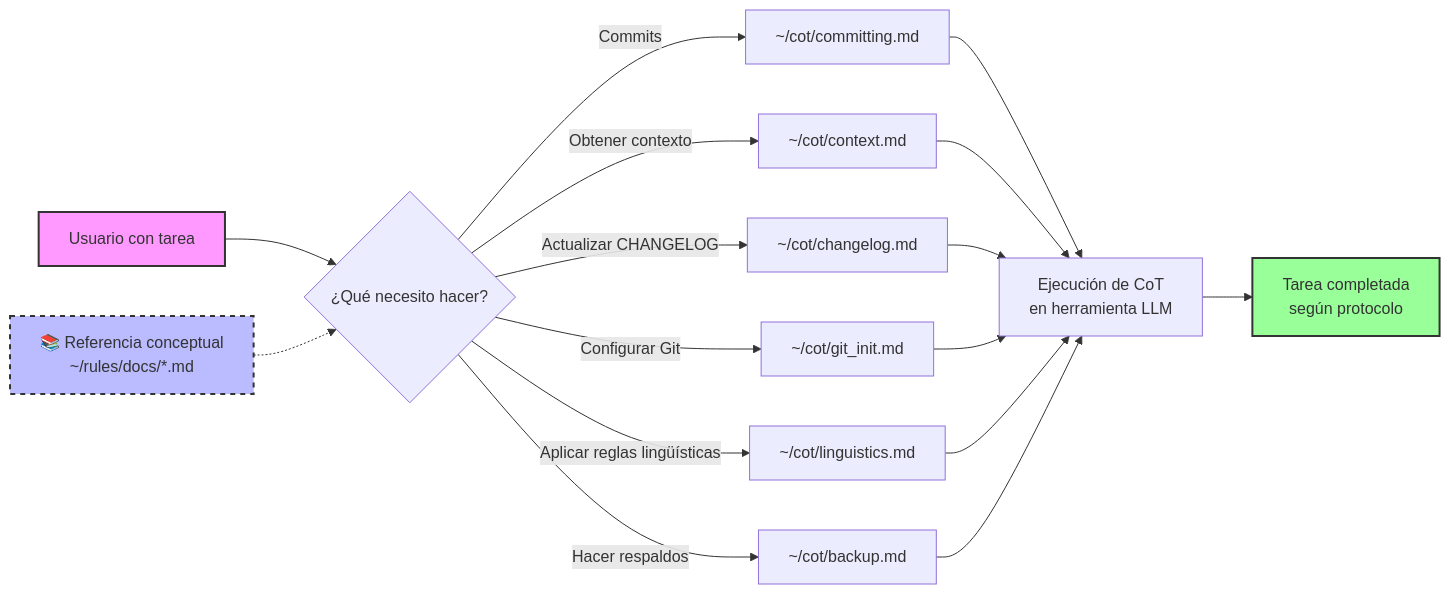
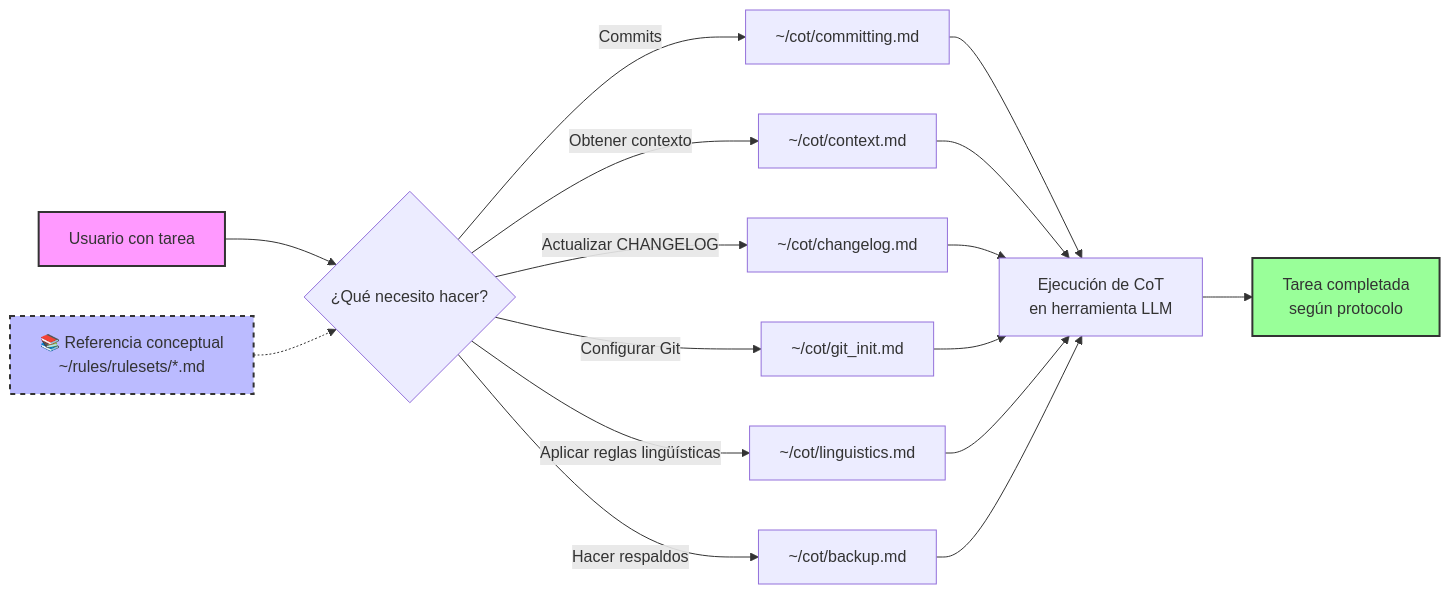
One commit to incognia/rules changed the diagram in README.md. Above: the diagram before and after it, drawn with Mermaid. The commit also changed other lines of this file and 2 other files, not shown here.

````diff
--- a/README.md
+++ b/README.md
@@ -52,25 +52,25 @@
 ```mermaid
 flowchart LR
     A["Usuario con tarea"] --> B{"¿Qué necesito hacer?"}
     B -->|Commits| C["~/cot/committing.md"]
     B -->|Obtener contexto| D["~/cot/context.md"]
     B -->|Actualizar CHANGELOG| E["~/cot/changelog.md"]
     B -->|Configurar Git| F["~/cot/git_init.md"]
     B -->|Aplicar reglas lingüísticas| G["~/cot/linguistics.md"]
     B -->|Hacer respaldos| H["~/cot/backup.md"]
     
     C --> I["Ejecución de CoT<br/>en herramienta LLM"]
     D --> I
     E --> I
     F --> I
     G --> I
     H --> I
     
     I --> J["Tarea completada<br/>según protocolo"]
     
-    K["📚 Referencia conceptual<br/>~/rules/docs/*.md"] -.-> B
+    K["📚 Referencia conceptual<br/>~/rules/rulesets/*.md"] -.-> B
     
     style A fill:#f9f,stroke:#333,stroke-width:2px
     style J fill:#9f9,stroke:#333,stroke-width:2px
     style K fill:#bbf,stroke:#333,stroke-width:2px,stroke-dasharray: 5 5
 ```
````
